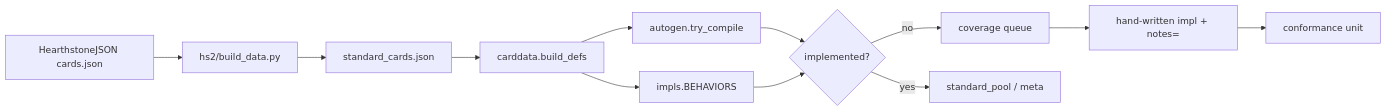
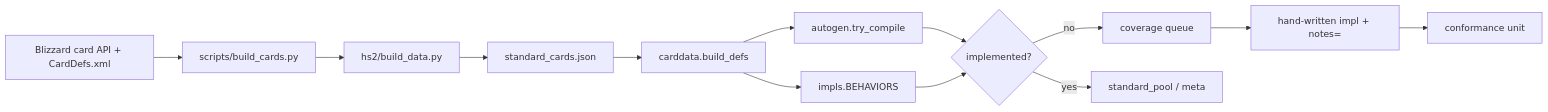
The fifth of 5 diagrams in docs/DESIGN.md (x-ror/tavernlab), drawn with Mermaid before and after one commit. The commit also changed other lines of this file and 4 other files, not shown here.

Commit message:
Update card corpus build process to use merged dump from Blizzard API and CardDefs.xml

````diff
--- a/docs/DESIGN.md
+++ b/docs/DESIGN.md
@@ -1373,14 +1373,15 @@
 ```mermaid
 flowchart LR
-  HSJSON[HearthstoneJSON cards.json] --> BD[hs2/build_data.py]
+  BLIZ[Blizzard card API + CardDefs.xml] --> BC[scripts/build_cards.py]
+  BC --> BD[hs2/build_data.py]
   BD --> STD[standard_cards.json]
   STD --> DEF[carddata.build_defs]
   DEF --> AG[autogen.try_compile]
   DEF --> HW[impls.BEHAVIORS]
   AG --> FLAG{implemented?}
   HW --> FLAG
   FLAG -->|no| QUEUE[coverage queue]
   QUEUE --> PR[hand-written impl + notes=]
   FLAG -->|yes| POOL[standard_pool / meta]
   PR --> TEST[conformance unit]
 ```
````
